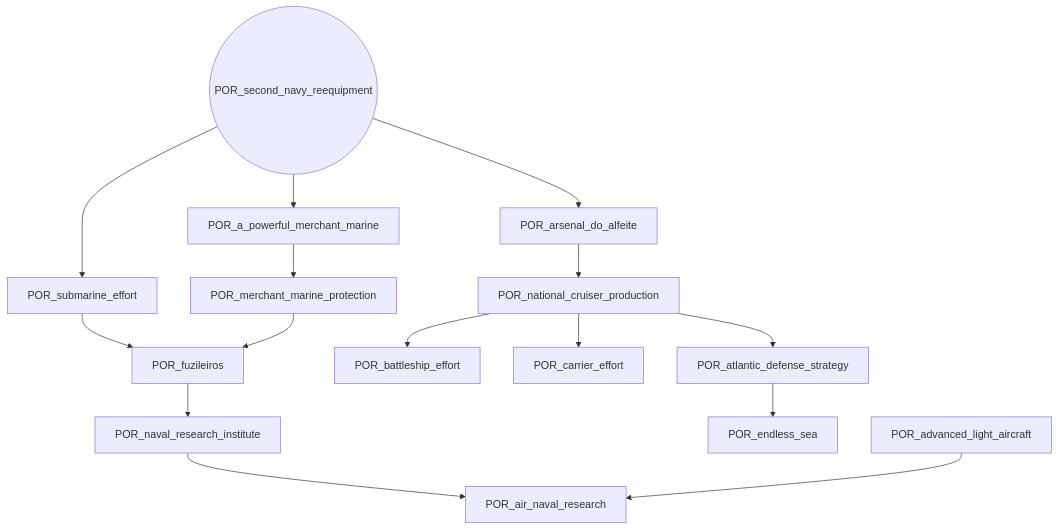
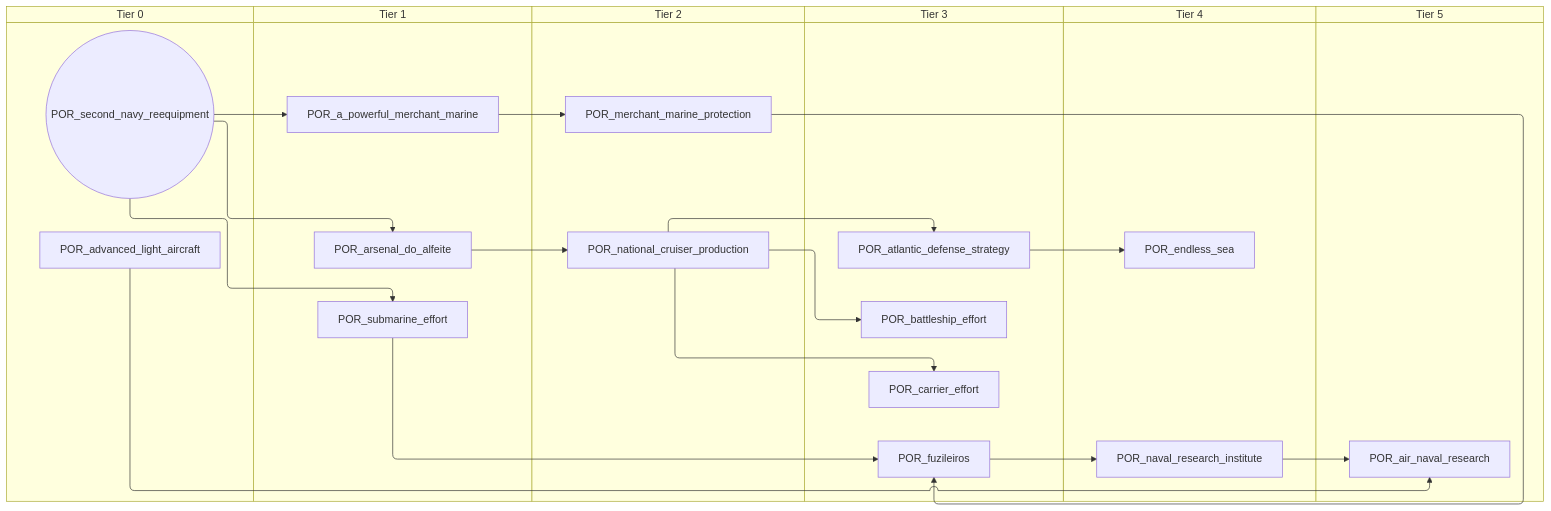
Before and after one commit to evgeny-sobol/hoi4-sandbox-mode: the sixth of 6 diagrams in docs/gdd/National Focuses/portugal.md, drawn with Mermaid. The commit also changed other lines of this file and 80 other files, not shown here.

First line of the commit message:
Add swimlane mode to focus graph exporter

````diff
--- a/docs/gdd/National Focuses/portugal.md
+++ b/docs/gdd/National Focuses/portugal.md
@@ -361,31 +429,43 @@
 ```mermaid
-flowchart TD
-    n116["POR_a_powerful_merchant_marine"]
-    n27["POR_advanced_light_aircraft"]
-    n28["POR_air_naval_research"]
-    n117["POR_arsenal_do_alfeite"]
-    n118["POR_atlantic_defense_strategy"]
-    n119["POR_battleship_effort"]
-    n120["POR_carrier_effort"]
-    n121["POR_endless_sea"]
-    n122["POR_fuzileiros"]
-    n123["POR_merchant_marine_protection"]
-    n124["POR_national_cruiser_production"]
-    n41["POR_naval_research_institute"]
-    n125(("POR_second_navy_reequipment"))
-    n126["POR_submarine_effort"]
-    n125 --> n116
-    n41 --> n28
-    n27 --> n28
-    n125 --> n117
-    n124 --> n118
-    n124 --> n119
-    n124 --> n120
+swimlane-beta TD
+    subgraph tier_0["Tier 0"]
+        n38["POR_advanced_light_aircraft"]
+        n116(("POR_second_navy_reequipment"))
+    end
+    subgraph tier_1["Tier 1"]
+        n117["POR_a_powerful_merchant_marine"]
+        n118["POR_arsenal_do_alfeite"]
+        n119["POR_submarine_effort"]
+    end
+    subgraph tier_2["Tier 2"]
+        n120["POR_merchant_marine_protection"]
+        n121["POR_national_cruiser_production"]
+    end
+    subgraph tier_3["Tier 3"]
+        n122["POR_atlantic_defense_strategy"]
+        n123["POR_battleship_effort"]
+        n124["POR_carrier_effort"]
+        n125["POR_fuzileiros"]
+    end
+    subgraph tier_4["Tier 4"]
+        n126["POR_endless_sea"]
+        n26["POR_naval_research_institute"]
+    end
+    subgraph tier_5["Tier 5"]
+        n42["POR_air_naval_research"]
+    end
+    n116 --> n117
+    n26 --> n42
+    n38 --> n42
+    n116 --> n118
+    n121 --> n122
+    n121 --> n123
+    n121 --> n124
+    n122 --> n126
+    n119 --> n125
+    n120 --> n125
+    n117 --> n120
     n118 --> n121
-    n126 --> n122
-    n123 --> n122
-    n116 --> n123
-    n117 --> n124
-    n122 --> n41
-    n125 --> n126
+    n125 --> n26
+    n116 --> n119
 ```
````
